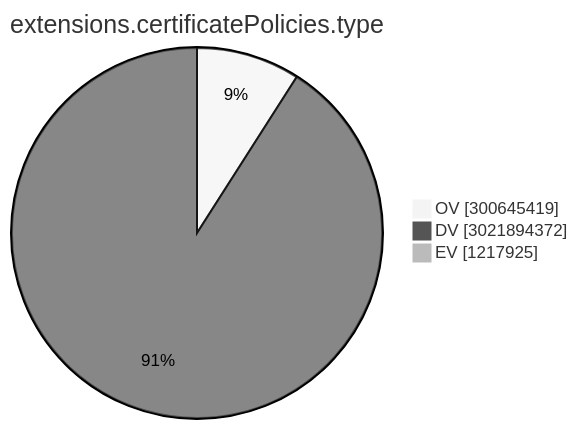
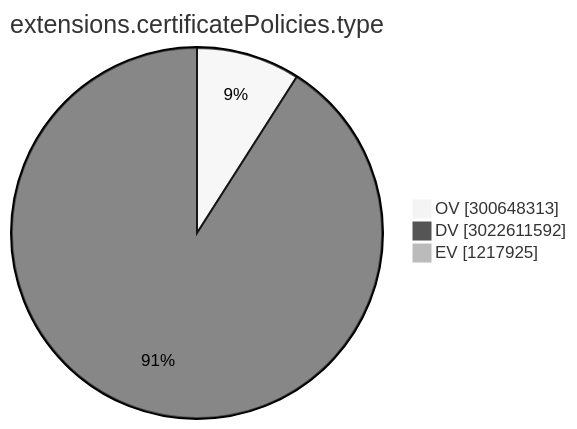
Before and after one commit to christiankrug/ctmonitor_visualization: the ninth of 15 diagrams in TOTAL/README.md, drawn with Mermaid (neutral theme). The commit also changed other lines of this file, not shown here.

````diff
--- a/TOTAL/README.md
+++ b/TOTAL/README.md
@@ -3102,7 +3102,7 @@
 ```mermaid
 pie showData
 title extensions.certificatePolicies.type
-"OV" :300645419
-"DV" :3021894372
+"OV" :300648313
+"DV" :3022611592
 "EV" :1217925
 ```
````
